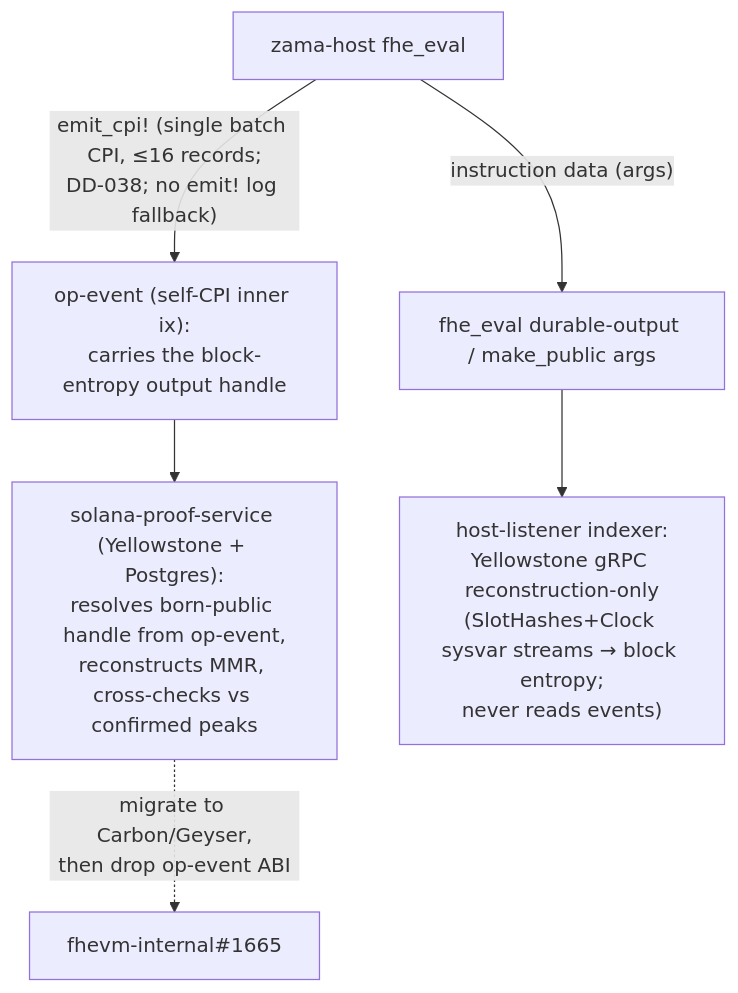
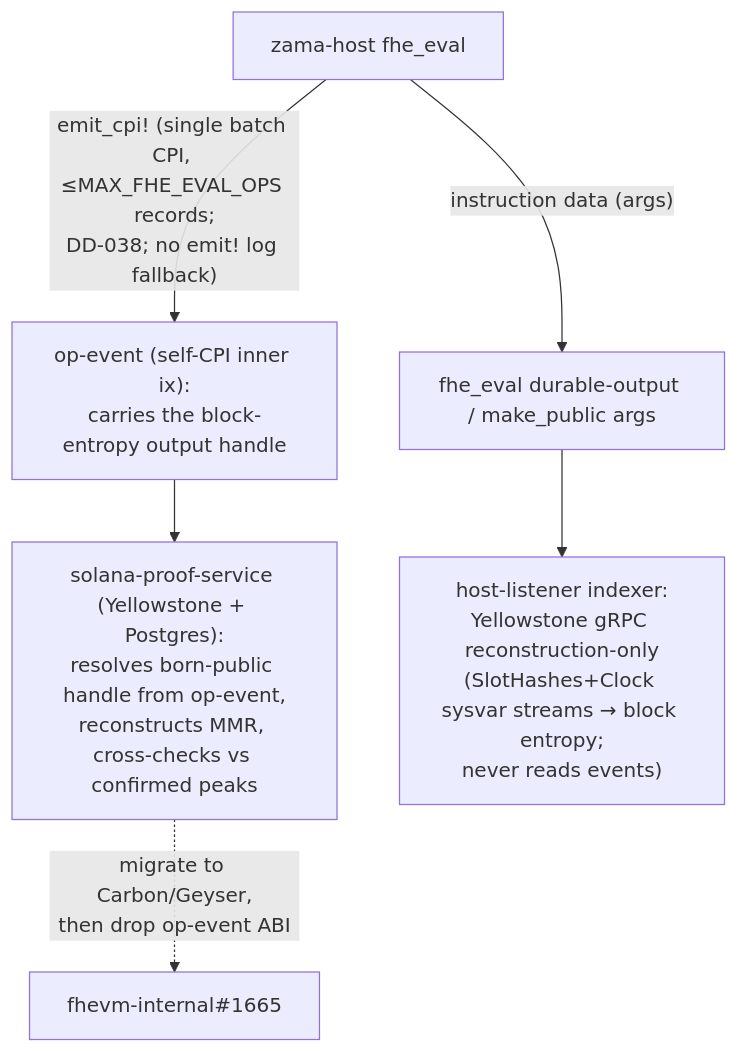
The sixth of 6 diagrams in solana/docs/MMR_ACL_MVP.md (zama-ai/fhevm), drawn with Mermaid before and after one commit. The commit also changed other lines of this file and 61 other files, not shown here.

First line of the commit message:
refactor(solana): fhe_eval cleanup — interned wire format, measured op cap (fhevm-internal#1853) (#3377)

````diff
--- a/solana/docs/MMR_ACL_MVP.md
+++ b/solana/docs/MMR_ACL_MVP.md
@@ -173,8 +174,8 @@
 ```mermaid
 flowchart TD
-    prog["zama-host fhe_eval"] -->|"emit_cpi! (single batch CPI, ≤16 records;<br/>DD-038; no emit! log fallback)"| ev["op-event (self-CPI inner ix):<br/>carries the block-entropy output handle"]
+    prog["zama-host fhe_eval"] -->|"emit_cpi! (single batch CPI, ≤MAX_FHE_EVAL_OPS records;<br/>DD-038; no emit! log fallback)"| ev["op-event (self-CPI inner ix):<br/>carries the block-entropy output handle"]
     prog -->|"instruction data (args)"| ix["fhe_eval durable-output / make_public args"]
     ev --> proofsvc["solana-proof-service (Yellowstone + Postgres):<br/>resolves born-public handle from op-event,<br/>reconstructs MMR, cross-checks vs confirmed peaks"]
     ix --> listener["host-listener indexer:<br/>Yellowstone gRPC reconstruction-only<br/>(SlotHashes+Clock sysvar streams → block entropy;<br/>never reads events)"]
     proofsvc -.->|"migrate to Carbon/Geyser,<br/>then drop op-event ABI"| followup["fhevm-internal#1665"]
 ```
````
